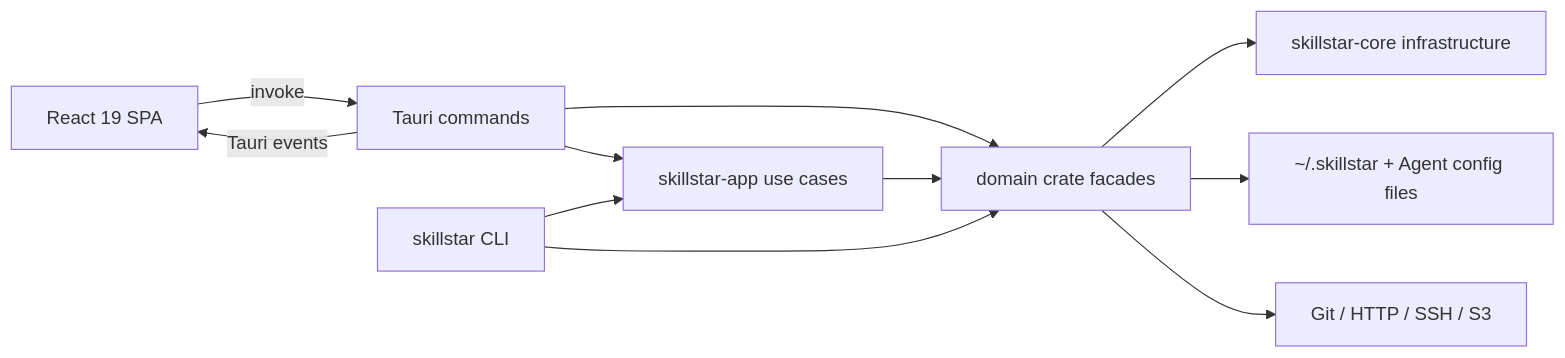
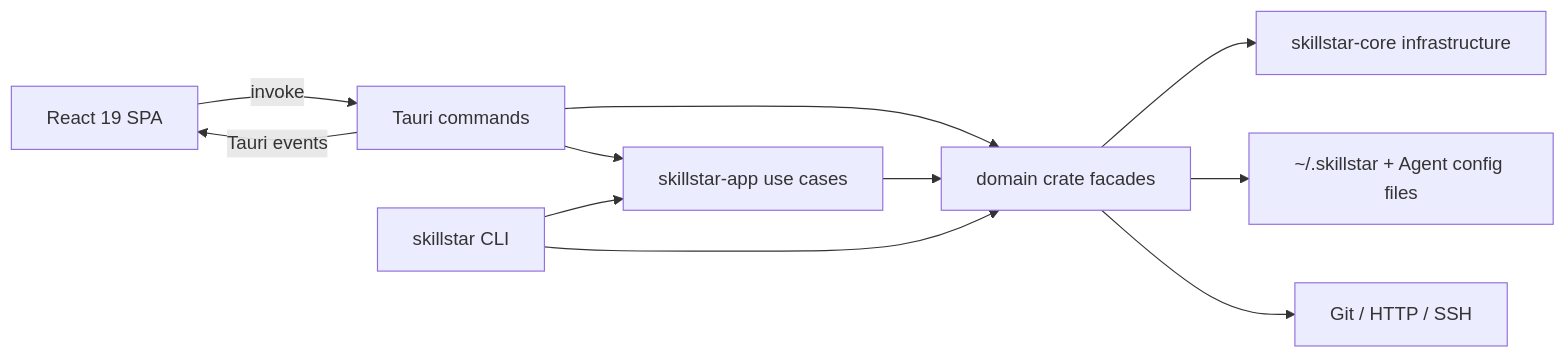
The diagram in docs/architecture.md (xxww0098/SkillStar), drawn with Mermaid before and after one commit. The commit also changed other lines of this file and 535 other files, not shown here.

````diff
--- a/docs/architecture.md
+++ b/docs/architecture.md
@@ -11,13 +11,13 @@
 ```mermaid
 flowchart LR
   UI["React 19 SPA"] -->|invoke| CMD["Tauri commands"]
   CMD --> APP["skillstar-app use cases"]
   CMD --> DOMAIN["domain crate facades"]
   APP --> DOMAIN
   DOMAIN --> INFRA["skillstar-core infrastructure"]
   DOMAIN --> DATA["~/.skillstar + Agent config files"]
-  DOMAIN --> NET["Git / HTTP / SSH / S3"]
+  DOMAIN --> NET["Git / HTTP / SSH"]
   CMD -->|Tauri events| UI
   CLI["skillstar CLI"] --> APP
   CLI --> DOMAIN
 ```
````
